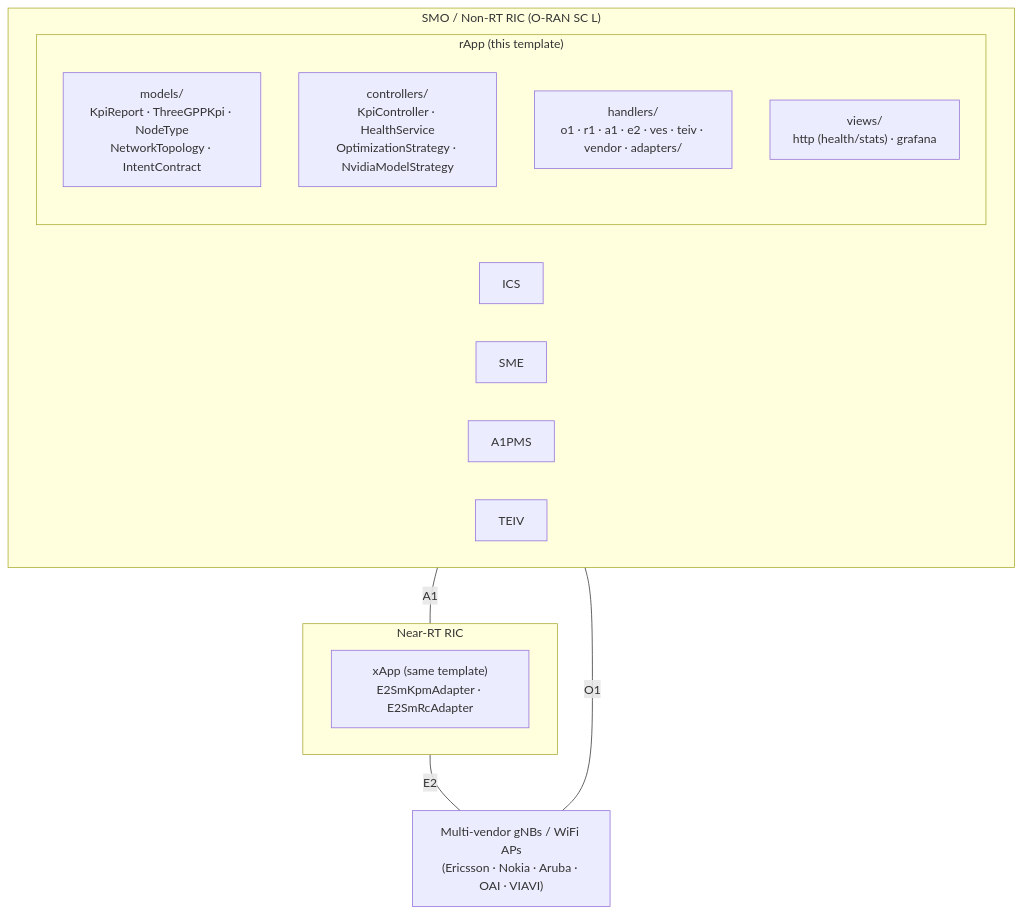
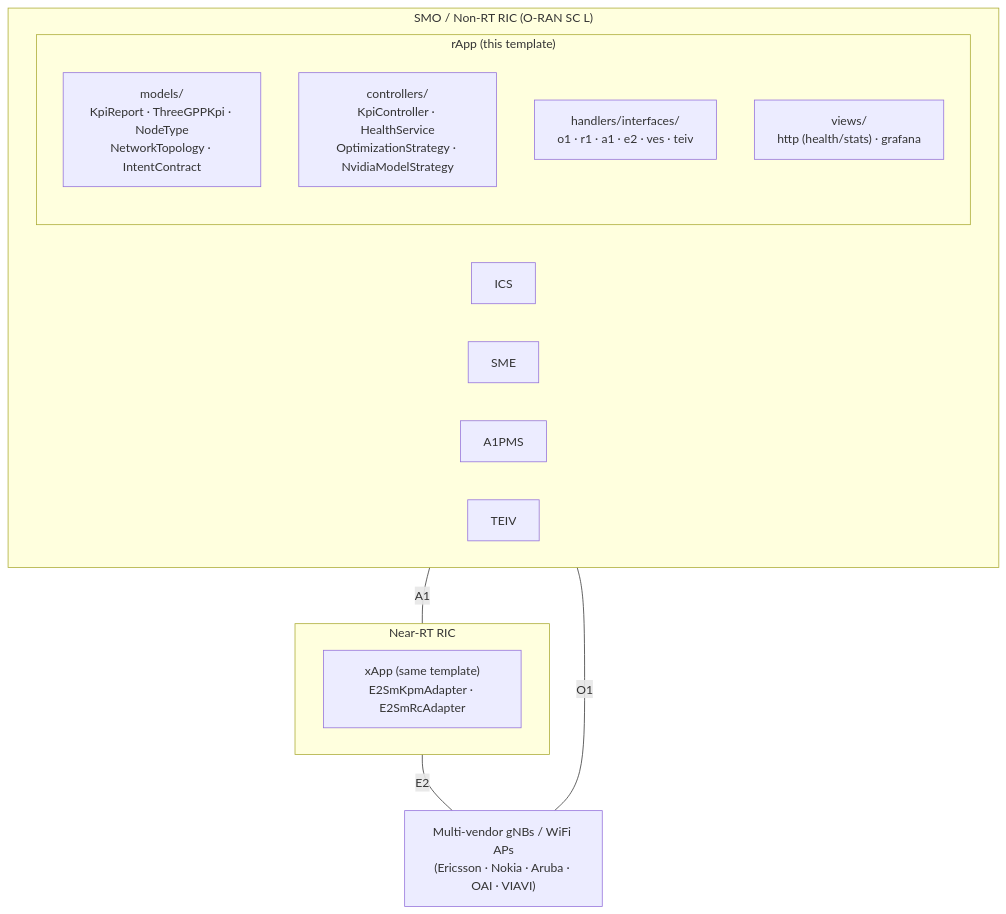
The second of 7 diagrams in CONTEXT.md (bmw-ece-ntust/template), drawn with Mermaid before and after one commit. The commit also changed other lines of this file and 32 other files, not shown here.

First line of the commit message:
Fold vendor support into per-platform factories; restrict handlers to O-RAN

````diff
--- a/CONTEXT.md
+++ b/CONTEXT.md
@@ -122,20 +123,20 @@
 ```mermaid
 graph TB
     subgraph SMO["SMO / Non-RT RIC (O-RAN SC L)"]
         ICS; SME; A1PMS; TEIV
         subgraph rApp["rApp (this template)"]
             models["models/\nKpiReport · ThreeGPPKpi · NodeType\nNetworkTopology · IntentContract"]
             controllers["controllers/\nKpiController · HealthService\nOptimizationStrategy · NvidiaModelStrategy"]
-            handlers["handlers/\no1 · r1 · a1 · e2 · ves · teiv · vendor · adapters/<vendor>"]
+            handlers["handlers/interfaces/\no1 · r1 · a1 · e2 · ves · teiv"]
             views["views/\nhttp (health/stats) · grafana"]
         end
     end
     subgraph NearRT["Near-RT RIC"]
         xApp2["xApp (same template)\nE2SmKpmAdapter · E2SmRcAdapter"]
     end
     gNBs["Multi-vendor gNBs / WiFi APs\n(Ericsson · Nokia · Aruba · OAI · VIAVI)"]
 
     SMO --- |"A1"| NearRT
     NearRT --- |"E2"| gNBs
     SMO --- |"O1"| gNBs
 ```
````
